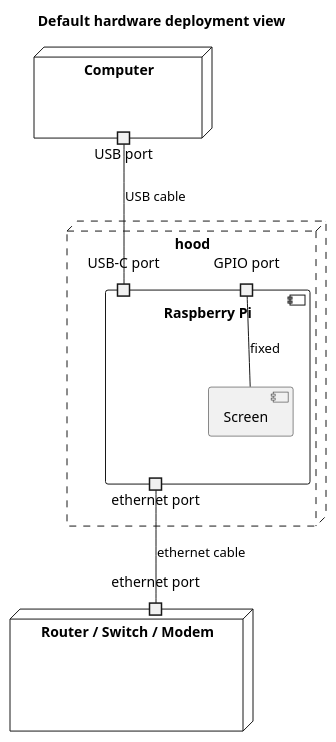
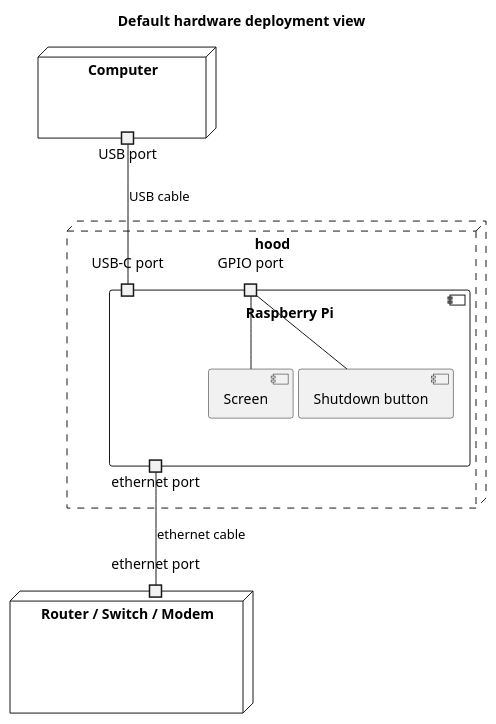
One commit to YongBinnnnnnnnnnnnnnnnnnnnnnnnnnnnnnnnn/hood changed the diagram in paper/graphics/puml/hardware-deployment-view.puml. Above: the diagram before and after it, drawn with PlantUML.

```diff
--- a/paper/graphics/puml/hardware-deployment-view.puml
+++ b/paper/graphics/puml/hardware-deployment-view.puml
@@ -1,21 +1,23 @@
 @startuml
 title Default hardware deployment view
 node Computer {
 portout "USB port" as computerusb
 }
 node hood #line.dashed {
 component "Raspberry Pi" as pi {
 portin "USB-C port" as piusb
 port "GPIO port" as gpiopi
 portout "ethernet port" as piethernet
 component Screen
+component "Shutdown button" as button
 }
 }
 node "Router / Switch / Modem" as router {
 port "ethernet port" as routerethernet
 }
 computerusb -- piusb : USB cable
-gpiopi - Screen : fixed
+gpiopi - button 
+gpiopi - Screen 
 piethernet -- routerethernet : ethernet cable
 
 @enduml
```
